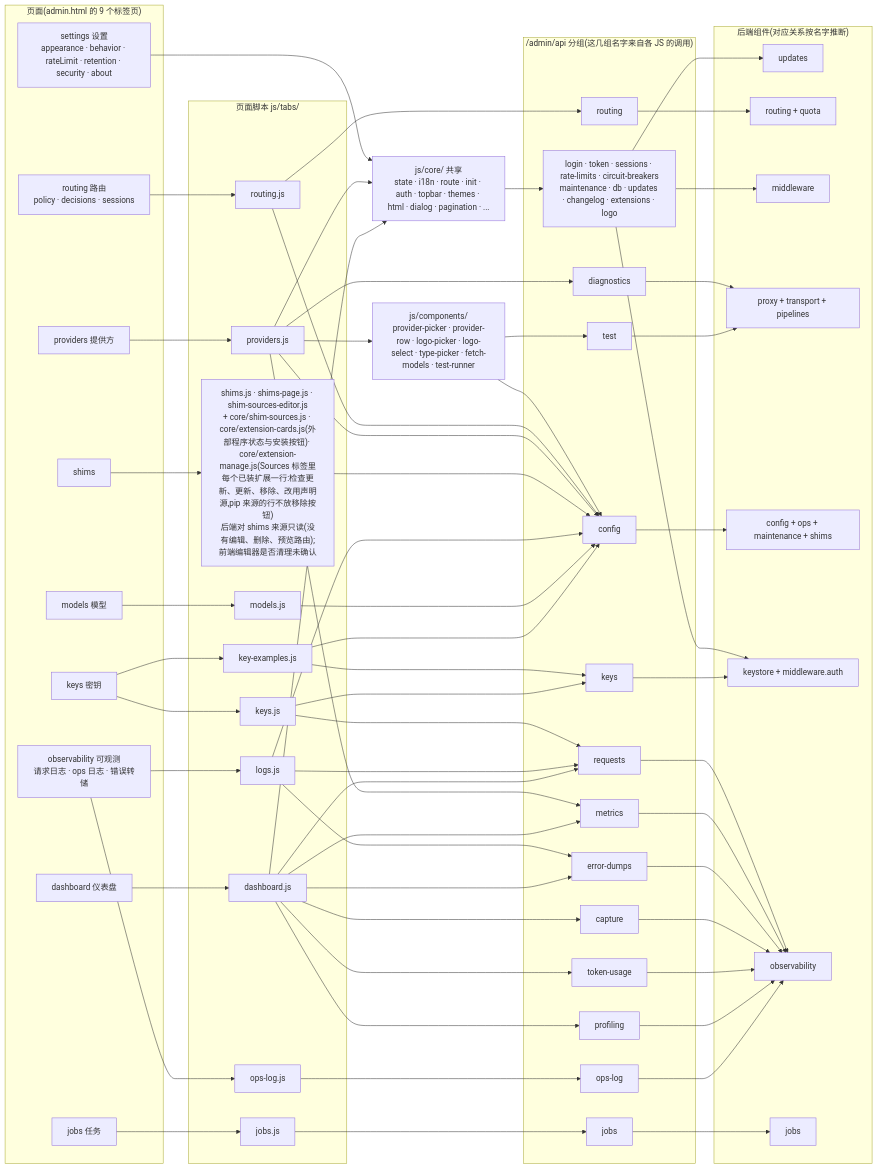
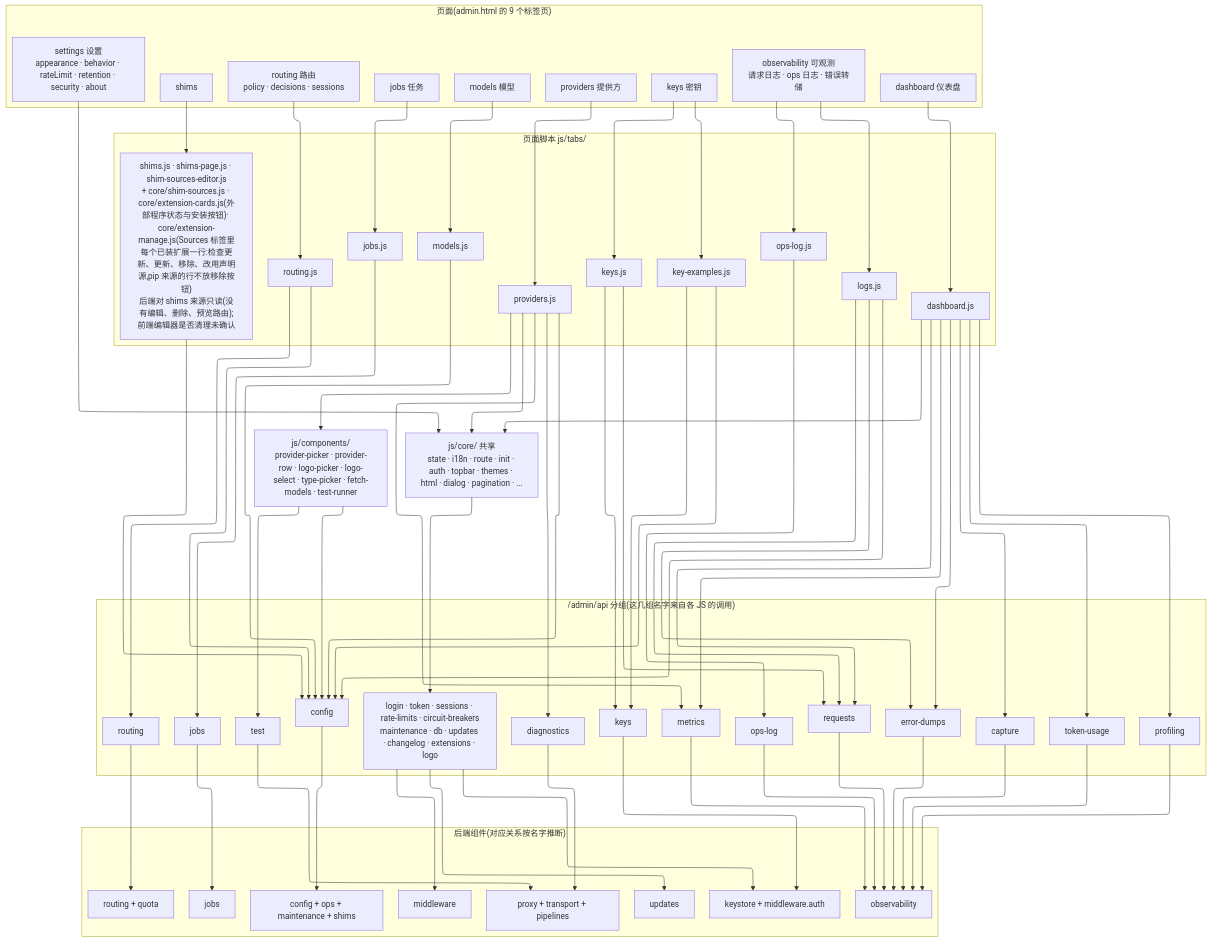
Before and after one commit to Oaklight/llm-rosetta: the diagram in admin.mmd, drawn with Mermaid. The commit also changed 9 other files, not shown here.

Commit message:
diagrams: pages 1-3 drawn like pages 4-5 (ELK layout, transitive reduction on core and gateway)

```diff
--- a/admin.mmd
+++ b/admin.mmd
@@ -1,107 +1,113 @@
-flowchart LR
+---
+config:
+  layout: elk
+  elk:
+    considerModelOrder: NONE
+---
+flowchart TB
   COMP["js/components/<br/>provider-picker · provider-row · logo-picker · logo-select · type-picker · fetch-models · test-runner"]
   subgraph APIS["/admin/api 分组(这几组名字来自各 JS 的调用)"]
     A_CFG["config"]
     A_JOBS["jobs"]
     A_KEYS["keys"]
     A_CAP["capture"]
     A_REQ["requests"]
     A_TOK["token-usage"]
     A_DUMP["error-dumps"]
     A_TEST["test"]
     A_DIAG["diagnostics"]
     A_OTHER["login · token · sessions · rate-limits · circuit-breakers<br/>maintenance · db · updates · changelog · extensions · logo"]
     A_OPS["ops-log"]
     A_MET["metrics"]
     A_PROF["profiling"]
     A_ROUTE["routing"]
   end
   subgraph PAGES["页面(admin.html 的 9 个标签页)"]
     P_SET["settings 设置<br/>appearance · behavior · rateLimit · retention · security · about"]
     P_OBS["observability 可观测<br/>请求日志 · ops 日志 · 错误转储"]
     P_JOBS["jobs 任务"]
     P_KEYS["keys 密钥"]
     P_PROV["providers 提供方"]
     P_ROUTE["routing 路由<br/>policy · decisions · sessions"]
     P_SHIM["shims"]
     P_DASH["dashboard 仪表盘"]
     P_MOD["models 模型"]
   end
   subgraph BACK["后端组件(对应关系按名字推断)"]
     B_UPD["updates"]
     B_ROUTE["routing + quota"]
     B_MW["middleware"]
     B_REQ["proxy + transport + pipelines"]
     B_CFG["config + ops + maintenance + shims"]
     B_KS["keystore + middleware.auth"]
     B_OBS["observability"]
     B_JOBS["jobs"]
   end
   subgraph TABJS["页面脚本 js/tabs/"]
     T_DASH["dashboard.js"]
     T_LOGS["logs.js"]
     T_SHIMS["shims.js · shims-page.js · shim-sources-editor.js<br/>+ core/shim-sources.js · core/extension-cards.js(外部程序状态与安装按钮)· core/extension-manage.js(Sources 标签里每个已装扩展一行:检查更新、更新、移除、改用声明源,pip 来源的行不放移除按钮)<br/>后端对 shims 来源只读(没有编辑、删除、预览路由);前端编辑器是否清理未确认"]
     T_OPS["ops-log.js"]
     T_MOD["models.js"]
     T_ROUTE["routing.js"]
     T_KEX["key-examples.js"]
     T_KEYS["keys.js"]
     T_PROV["providers.js"]
     T_JOBS["jobs.js"]
   end
   SHARED["js/core/ 共享<br/>state · i18n · route · init · auth · topbar · themes · html · dialog · pagination · ..."]
   P_SET --> SHARED
   T_KEYS --> A_REQ
   P_MOD --> T_MOD
   P_DASH --> T_DASH
   T_ROUTE --> A_ROUTE
   A_REQ --> B_OBS
   P_JOBS --> T_JOBS
   COMP --> A_CFG
   T_DASH --> A_PROF
   T_ROUTE --> A_CFG
   T_LOGS --> A_DUMP
   A_MET --> B_OBS
   T_PROV --> A_DIAG
   A_CFG --> B_CFG
   T_PROV --> A_CFG
   A_OTHER --> B_KS
   P_ROUTE --> T_ROUTE
   T_LOGS --> A_REQ
   P_SHIM --> T_SHIMS
   T_DASH --> A_DUMP
   A_DIAG --> B_REQ
   T_DASH --> A_TOK
   T_OPS --> A_OPS
   P_KEYS --> T_KEX
   A_DUMP --> B_OBS
   A_ROUTE --> B_ROUTE
   SHARED --> A_OTHER
   A_CAP --> B_OBS
   P_PROV --> T_PROV
   T_SHIMS --> A_CFG
   T_LOGS --> A_CFG
   T_KEX --> A_KEYS
   A_OTHER --> B_UPD
   T_KEYS --> A_KEYS
   A_KEYS --> B_KS
   T_MOD --> A_CFG
   T_KEX --> A_CFG
   P_OBS --> T_OPS
   T_DASH --> A_CAP
   P_OBS --> T_LOGS
   T_JOBS --> A_JOBS
   A_JOBS --> B_JOBS
   T_PROV --> SHARED
   T_PROV --> A_MET
   P_KEYS --> T_KEYS
   A_TOK --> B_OBS
   T_DASH --> SHARED
   COMP --> A_TEST
   A_OTHER --> B_MW
   A_PROF --> B_OBS
   A_TEST --> B_REQ
   T_PROV --> COMP
   T_DASH --> A_MET
   A_OPS --> B_OBS
   T_DASH --> A_REQ
```
